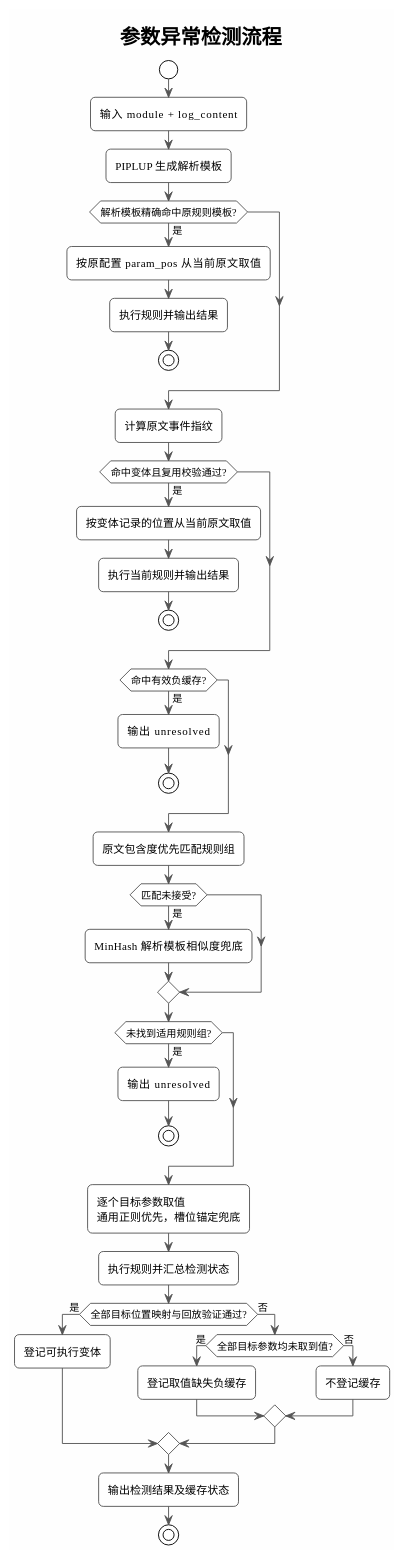
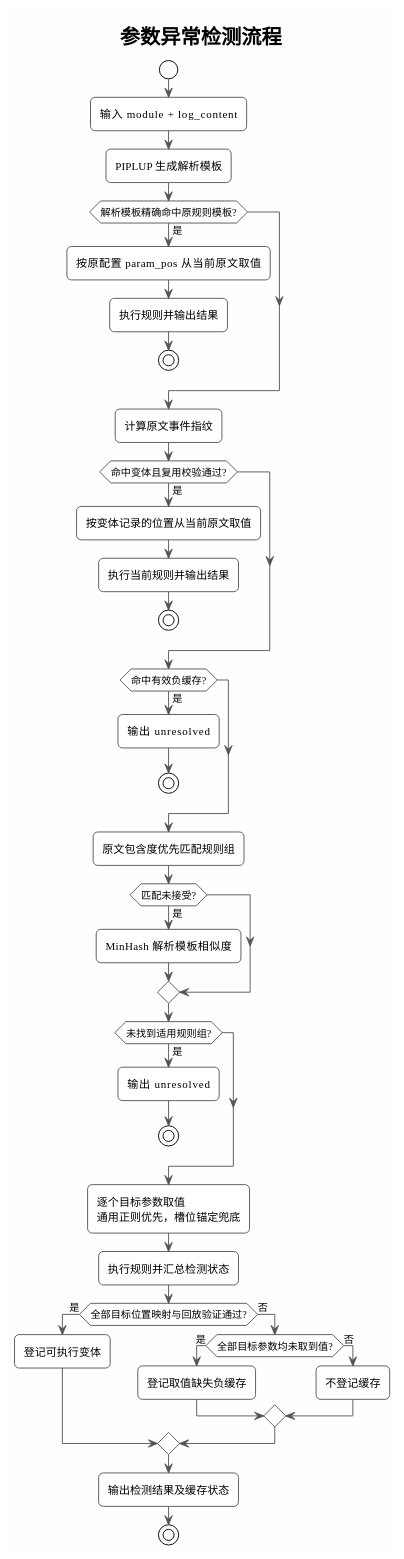
One commit to HouMonKy/TIG-PIPLUP changed the sixth of 10 diagrams in LogNet3.0方案设计与实现文档.md. Above: the diagram before and after it, drawn with PlantUML. The commit also changed other lines of this file and 2 other files, not shown here.

````diff
--- a/LogNet3.0方案设计与实现文档.md
+++ b/LogNet3.0方案设计与实现文档.md
@@ -528,60 +526,60 @@
 ```plantuml
 @startuml Parameter_Detection_Flow
 !theme plain
 skinparam backgroundColor #FEFEFE
 skinparam shadowing false
 skinparam roundCorner 10
 skinparam ActivityBorderColor #555555
 skinparam ArrowColor #555555
 
 title 参数异常检测流程
 
 start
 :输入 module + log_content;
 :PIPLUP 生成解析模板;
 
 if (解析模板精确命中原规则模板?) then (是)
     :按原配置 param_pos 从当前原文取值;
     :执行规则并输出结果;
     stop
 endif
 
 :计算原文事件指纹;
 if (命中变体且复用校验通过?) then (是)
     :按变体记录的位置从当前原文取值;
     :执行当前规则并输出结果;
     stop
 endif
 
 if (命中有效负缓存?) then (是)
     :输出 unresolved;
     stop
 endif
 
 :原文包含度优先匹配规则组;
 if (匹配未接受?) then (是)
-    :MinHash 解析模板相似度兜底;
+    :MinHash 解析模板相似度;
 endif
 
 if (未找到适用规则组?) then (是)
     :输出 unresolved;
     stop
 endif
 
 :逐个目标参数取值\n通用正则优先，槽位锚定兜底;
 :执行规则并汇总检测状态;
 
 if (全部目标位置映射与回放验证通过?) then (是)
     :登记可执行变体;
 else (否)
     if (全部目标参数均未取到值?) then (是)
         :登记取值缺失负缓存;
     else (否)
         :不登记缓存;
     endif
 endif
 
 :输出检测结果及缓存状态;
 stop
 @enduml
 ```
````
